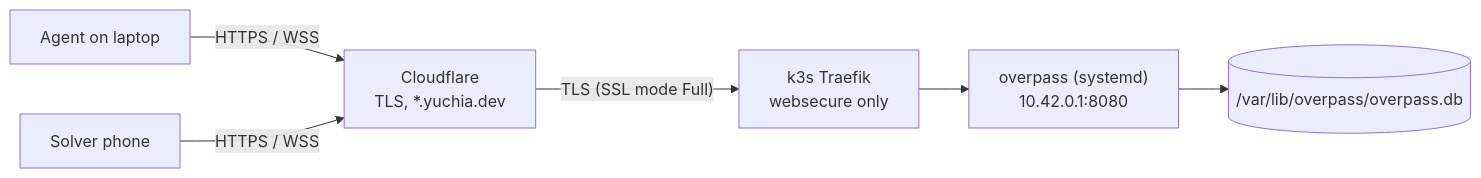
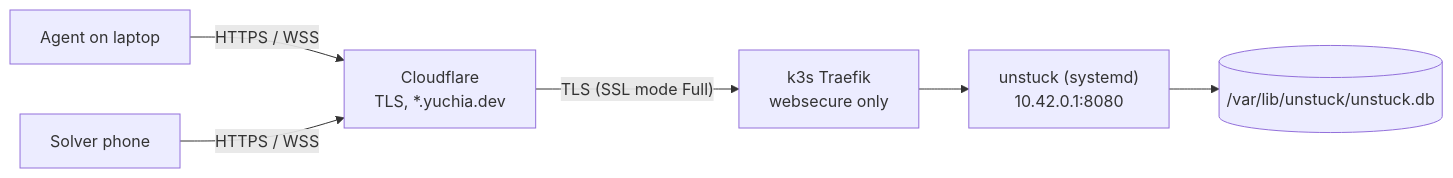
One commit to yuchia329/overpass changed the fifth of 5 diagrams in README.md. Above: the diagram before and after it, drawn with Mermaid. The commit also changed other lines of this file and 53 other files, not shown here.

First line of the commit message:
Rename the project from Overpass to Unstuck

````diff
--- a/README.md
+++ b/README.md
@@ -427,8 +427,8 @@
 ```mermaid
 flowchart LR
     AG[Agent on laptop] -- HTTPS / WSS --> CF[Cloudflare<br/>TLS, *.yuchia.dev]
     PH[Solver phone] -- HTTPS / WSS --> CF
     CF -- "TLS (SSL mode Full)" --> TR[k3s Traefik<br/>websecure only]
-    TR --> OV["overpass (systemd)<br/>10.42.0.1:8080"]
-    OV --> DB[(/var/lib/overpass/overpass.db)]
+    TR --> OV["unstuck (systemd)<br/>10.42.0.1:8080"]
+    OV --> DB[(/var/lib/unstuck/unstuck.db)]
 ```
````
